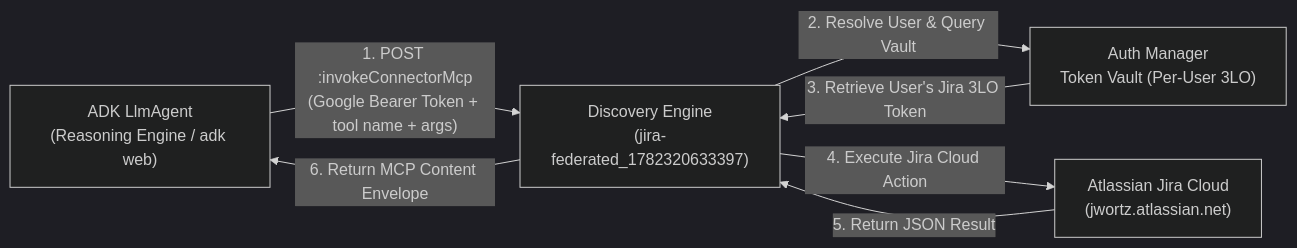
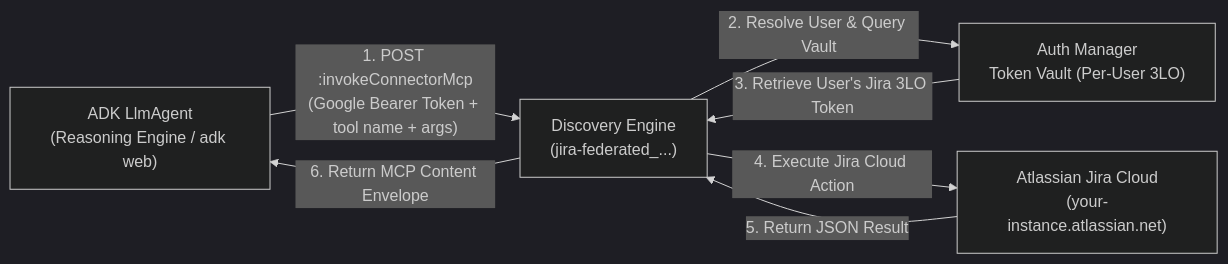
The third of 3 diagrams in plan.md (jswortz/gemini-jira-federated), drawn with Mermaid (dark theme) before and after one commit. The commit also changed other lines of this file and 9 other files, not shown here.

````diff
--- a/plan.md
+++ b/plan.md
@@ -162,14 +162,14 @@
 ```mermaid
 flowchart LR
     Agent["ADK LlmAgent\n(Reasoning Engine / adk web)"]
-    DE["Discovery Engine\n(jira-federated_1782320633397)"]
+    DE["Discovery Engine\n(jira-federated_...)"]
     Vault["Auth Manager\nToken Vault (Per-User 3LO)"]
-    Jira["Atlassian Jira Cloud\n(jwortz.atlassian.net)"]
+    Jira["Atlassian Jira Cloud\n(your-instance.atlassian.net)"]
 
     Agent -->|"1. POST :invokeConnectorMcp\n(Google Bearer Token + tool name + args)"| DE
     DE -->|"2. Resolve User & Query Vault"| Vault
     Vault -->|"3. Retrieve User's Jira 3LO Token"| DE
     DE -->|"4. Execute Jira Cloud Action"| Jira
     Jira -->|"5. Return JSON Result"| DE
     DE -->|"6. Return MCP Content Envelope"| Agent
 ```
````
